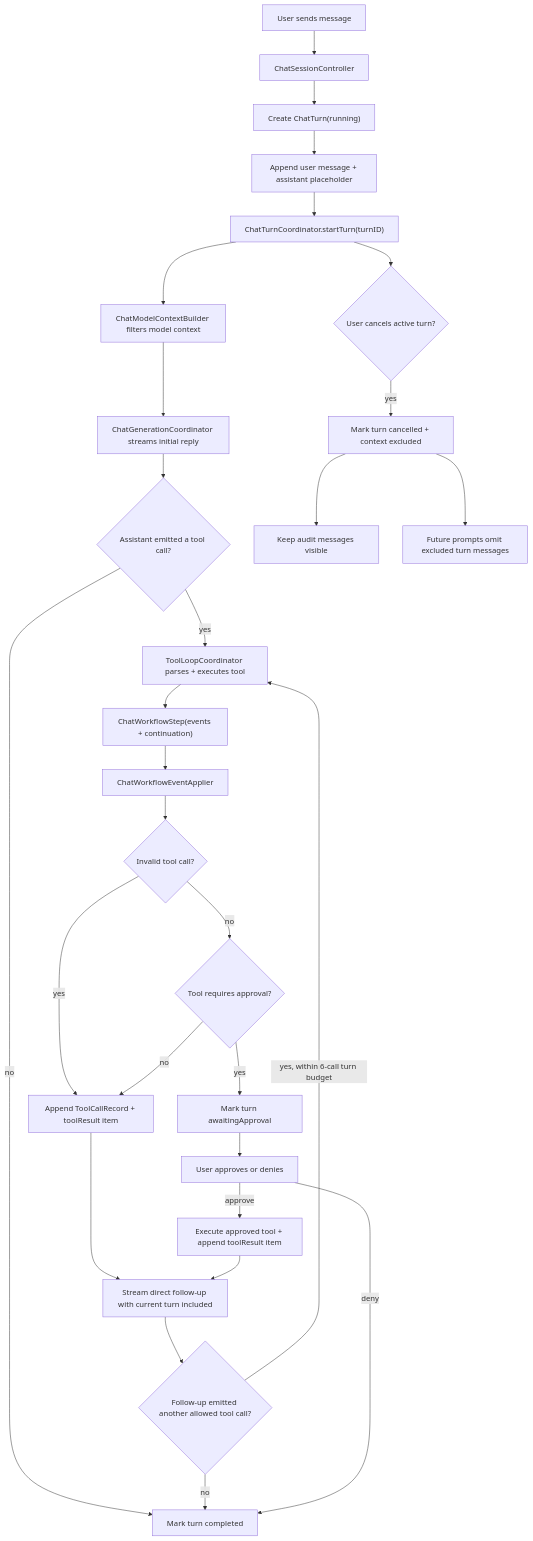
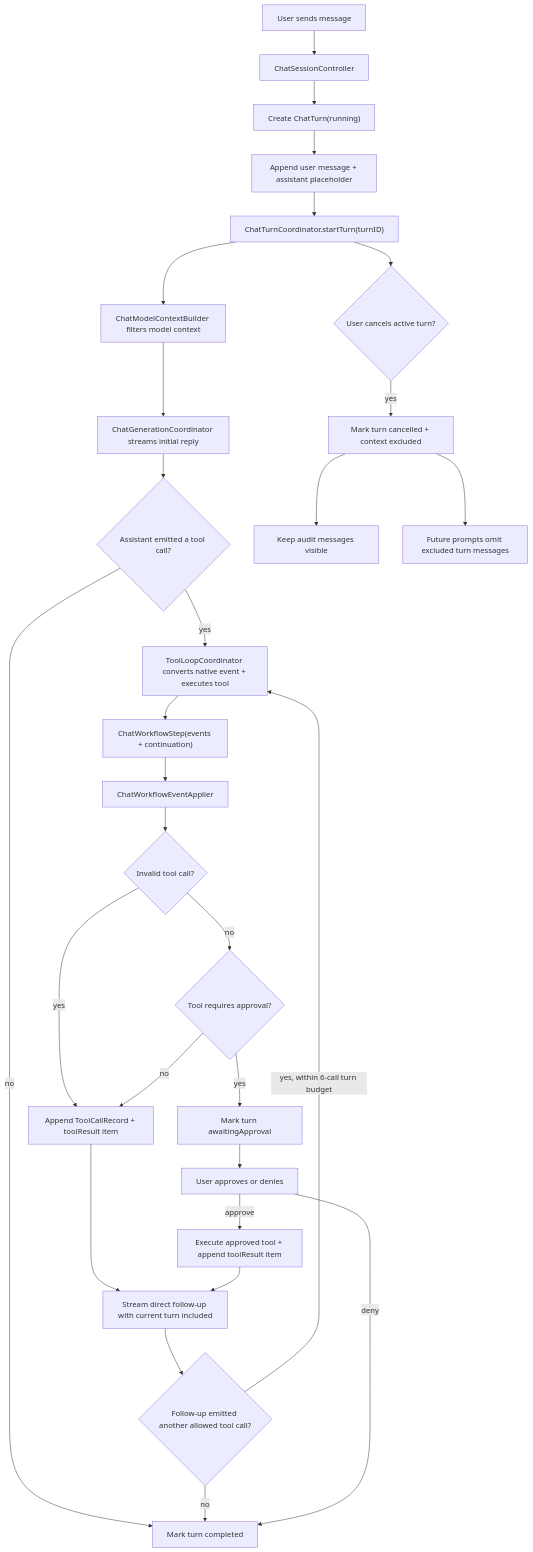
One commit to ngutech21/sumika-chat changed the diagram in docs/chat-runtime.md. Above: the diagram before and after it, drawn with Mermaid. The commit also changed other lines of this file and 33 other files, not shown here.

````diff
--- a/docs/chat-runtime.md
+++ b/docs/chat-runtime.md
@@ -10,31 +10,31 @@
 ```mermaid
 flowchart TD
   A["User sends message"] --> B["ChatSessionController"]
   B --> C["Create ChatTurn(running)"]
   C --> D["Append user message + assistant placeholder"]
   D --> E["ChatTurnCoordinator.startTurn(turnID)"]
   E --> F["ChatModelContextBuilder filters model context"]
   F --> G["ChatGenerationCoordinator streams initial reply"]
   G --> H{"Assistant emitted a tool call?"}
   H -- "no" --> I["Mark turn completed"]
-  H -- "yes" --> J["ToolLoopCoordinator parses + executes tool"]
+  H -- "yes" --> J["ToolLoopCoordinator converts native event + executes tool"]
   J --> W["ChatWorkflowStep(events + continuation)"]
   W --> X["ChatWorkflowEventApplier"]
   X --> V{"Invalid tool call?"}
   V -- "yes" --> L
   V -- "no" --> K{"Tool requires approval?"}
   K -- "no" --> L["Append ToolCallRecord + toolResult item"]
   L --> Q["Stream direct follow-up with current turn included"]
   Q --> U{"Follow-up emitted another allowed tool call?"}
   U -- "yes, within 6-call turn budget" --> J
   U -- "no" --> I
   K -- "yes" --> R["Mark turn awaitingApproval"]
   R --> S["User approves or denies"]
   S -- "approve" --> T["Execute approved tool + append toolResult item"]
   T --> Q
   S -- "deny" --> I
   E --> M{"User cancels active turn?"}
   M -- "yes" --> N["Mark turn cancelled + context excluded"]
   N --> O["Keep audit messages visible"]
   N --> P["Future prompts omit excluded turn messages"]
 ```
````
